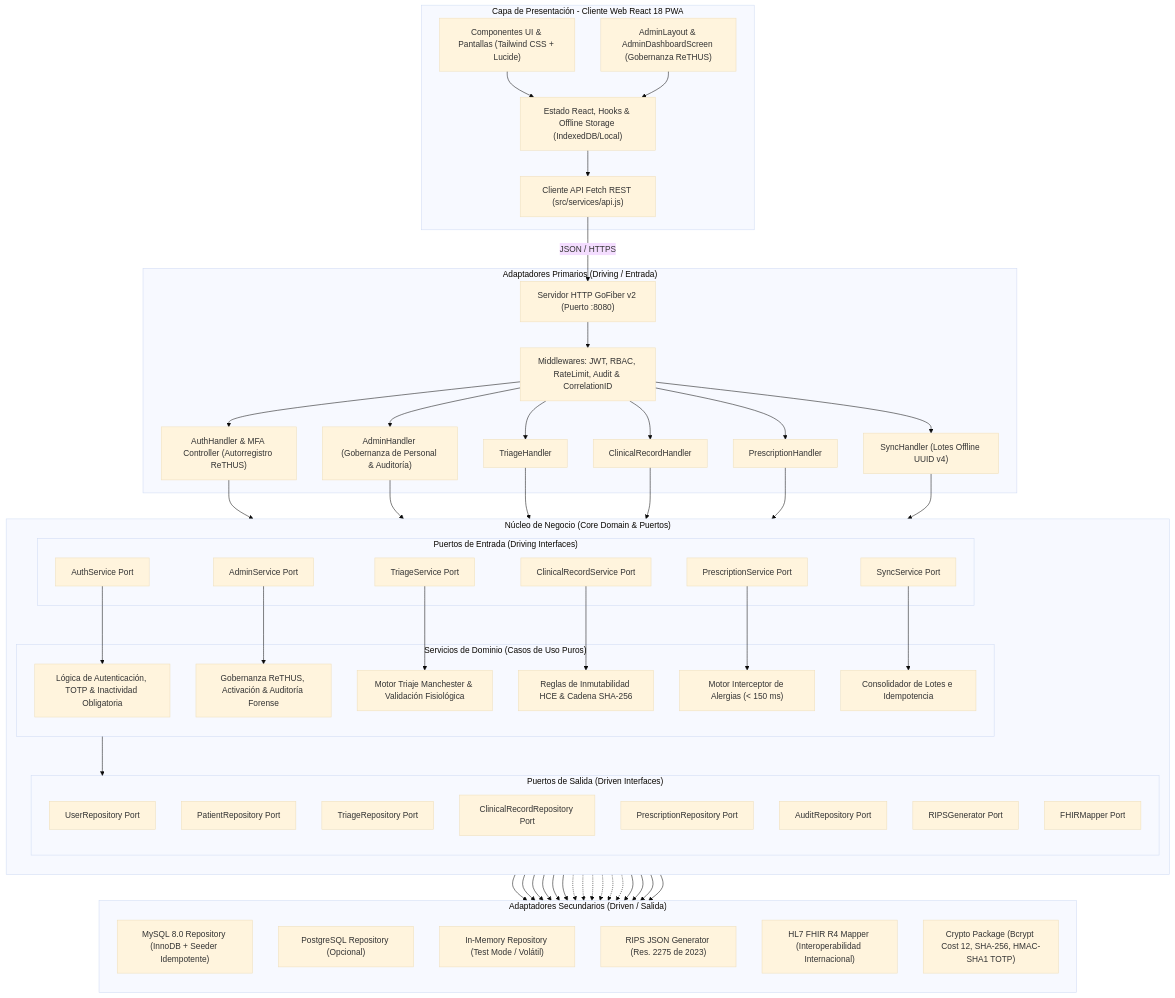
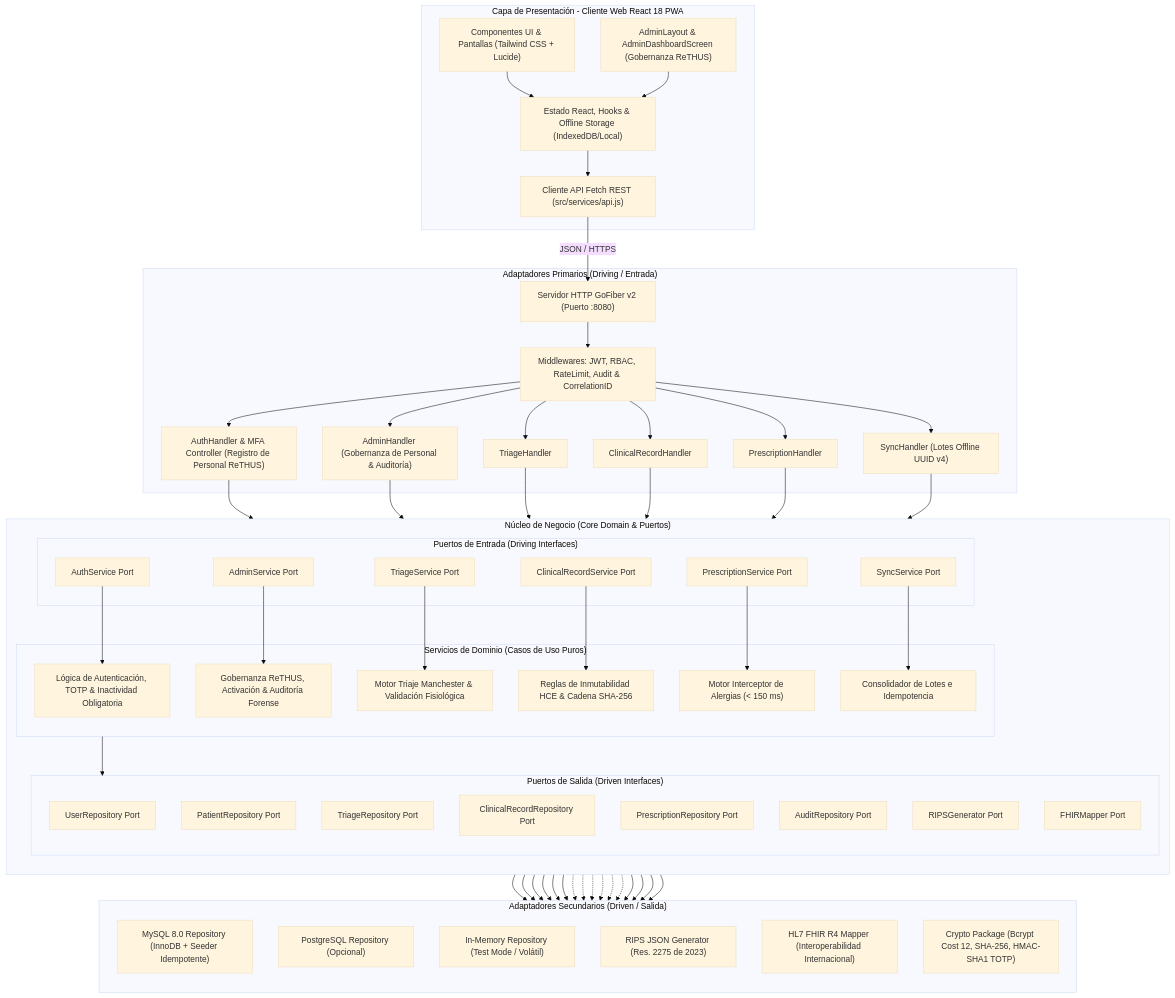
One commit to ThiagoVelez/Proyecto_felipe changed the diagram in docs/diagrams/02_arquitectura_hexagonal.mmd. Above: the diagram before and after it, drawn with Mermaid (base theme). The commit also changed 23 other files, not shown here.

First line of the commit message:
feat(auth): restringir registro de personal al admin, eliminar login simulado y desplegar sedes en acordeon

```diff
--- a/docs/diagrams/02_arquitectura_hexagonal.mmd
+++ b/docs/diagrams/02_arquitectura_hexagonal.mmd
@@ -1,107 +1,107 @@
 flowchart TD
     subgraph Frontend ["Capa de Presentación - Cliente Web React 18 PWA"]
         UI["Componentes UI & Pantallas (Tailwind CSS + Lucide)"]
         AdminUI["AdminLayout & AdminDashboardScreen (Gobernanza ReTHUS)"]
         State["Estado React, Hooks & Offline Storage (IndexedDB/Local)"]
         APIClient["Cliente API Fetch REST (src/services/api.js)"]
         UI --> State
         AdminUI --> State
         State --> APIClient
     end
 
     subgraph PrimaryAdapters ["Adaptadores Primarios (Driving / Entrada)"]
         FiberServer["Servidor HTTP GoFiber v2 (Puerto :8080)"]
-        AuthHandler["AuthHandler & MFA Controller (Autorregistro ReTHUS)"]
+        AuthHandler["AuthHandler & MFA Controller (Registro de Personal ReTHUS)"]
         AdminHandler["AdminHandler (Gobernanza de Personal & Auditoría)"]
         TriageHandler["TriageHandler"]
         RecordHandler["ClinicalRecordHandler"]
         PrescHandler["PrescriptionHandler"]
         SyncHandler["SyncHandler (Lotes Offline UUID v4)"]
         Middlewares["Middlewares: JWT, RBAC, RateLimit, Audit & CorrelationID"]
     end
 
     subgraph CoreHexagon ["Núcleo de Negocio (Core Domain & Puertos)"]
         direction TB
         subgraph InPorts ["Puertos de Entrada (Driving Interfaces)"]
             AuthServicePort["AuthService Port"]
             AdminServicePort["AdminService Port"]
             TriageServicePort["TriageService Port"]
             RecordServicePort["ClinicalRecordService Port"]
             PrescServicePort["PrescriptionService Port"]
             SyncServicePort["SyncService Port"]
         end
 
         subgraph DomainServices ["Servicios de Dominio (Casos de Uso Puros)"]
             AuthLogic["Lógica de Autenticación, TOTP & Inactividad Obligatoria"]
             AdminLogic["Gobernanza ReTHUS, Activación & Auditoría Forense"]
             ManchesterEngine["Motor Triaje Manchester & Validación Fisiológica"]
             HCEImmutability["Reglas de Inmutabilidad HCE & Cadena SHA-256"]
             AllergyInterceptor["Motor Interceptor de Alergias (< 150 ms)"]
             SyncIdempotency["Consolidador de Lotes e Idempotencia"]
         end
 
         subgraph OutPorts ["Puertos de Salida (Driven Interfaces)"]
             UserRepoPort["UserRepository Port"]
             PatientRepoPort["PatientRepository Port"]
             TriageRepoPort["TriageRepository Port"]
             RecordRepoPort["ClinicalRecordRepository Port"]
             PrescRepoPort["PrescriptionRepository Port"]
             AuditRepoPort["AuditRepository Port"]
             RIPSGenPort["RIPSGenerator Port"]
             FHIRMapPort["FHIRMapper Port"]
         end
     end
 
     subgraph SecondaryAdapters ["Adaptadores Secundarios (Driven / Salida)"]
         direction TB
         MySQLAdapter["MySQL 8.0 Repository (InnoDB + Seeder Idempotente)"]
         PostgresAdapter["PostgreSQL Repository (Opcional)"]
         MemoryAdapter["In-Memory Repository (Test Mode / Volátil)"]
         RIPSJsonAdapter["RIPS JSON Generator (Res. 2275 de 2023)"]
         HL7FHIRAdapter["HL7 FHIR R4 Mapper (Interoperabilidad Internacional)"]
         CryptoAdapter["Crypto Package (Bcrypt Cost 12, SHA-256, HMAC-SHA1 TOTP)"]
     end
 
     APIClient -->|JSON / HTTPS| FiberServer
     FiberServer --> Middlewares
     Middlewares --> AuthHandler
     Middlewares --> AdminHandler
     Middlewares --> TriageHandler
     Middlewares --> RecordHandler
     Middlewares --> PrescHandler
     Middlewares --> SyncHandler
 
     AuthHandler --> AuthServicePort
     AdminHandler --> AdminServicePort
     TriageHandler --> TriageServicePort
     RecordHandler --> RecordServicePort
     PrescHandler --> PrescServicePort
     SyncHandler --> SyncServicePort
 
     AuthServicePort --> AuthLogic
     AdminServicePort --> AdminLogic
     TriageServicePort --> ManchesterEngine
     RecordServicePort --> HCEImmutability
     PrescServicePort --> AllergyInterceptor
     SyncServicePort --> SyncIdempotency
 
     DomainServices --> OutPorts
 
     UserRepoPort --> MySQLAdapter
     PatientRepoPort --> MySQLAdapter
     TriageRepoPort --> MySQLAdapter
     RecordRepoPort --> MySQLAdapter
     PrescRepoPort --> MySQLAdapter
     AuditRepoPort --> MySQLAdapter
 
     UserRepoPort -.-> MemoryAdapter
     PatientRepoPort -.-> MemoryAdapter
     TriageRepoPort -.-> MemoryAdapter
     RecordRepoPort -.-> MemoryAdapter
     PrescRepoPort -.-> MemoryAdapter
     AuditRepoPort -.-> MemoryAdapter
 
     RIPSGenPort --> RIPSJsonAdapter
     FHIRMapPort --> HL7FHIRAdapter
     AuthLogic --> CryptoAdapter
     HCEImmutability --> CryptoAdapter
```
